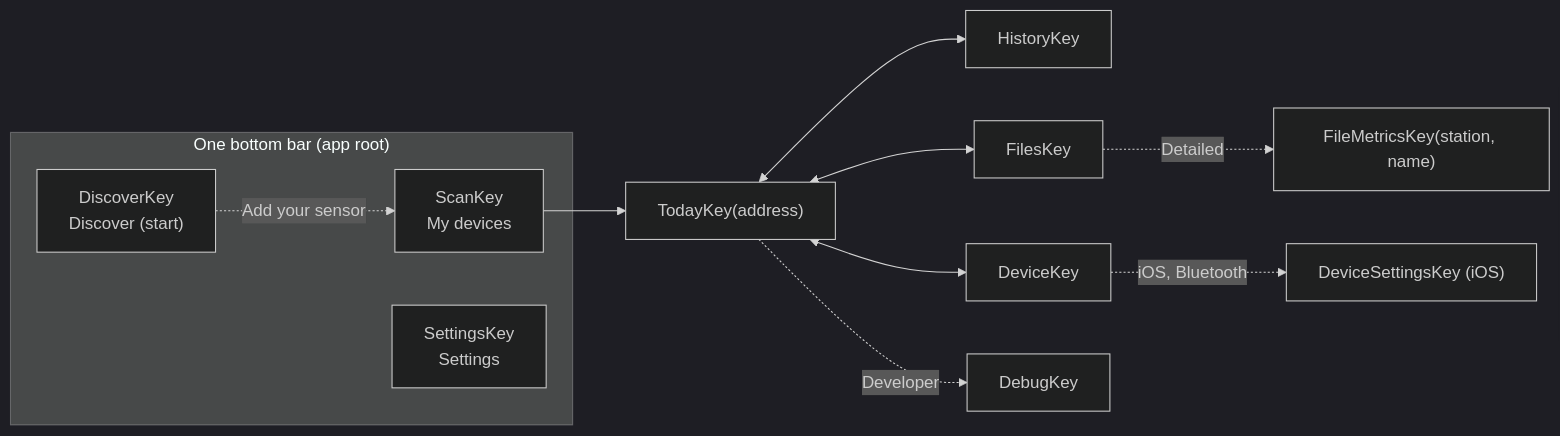
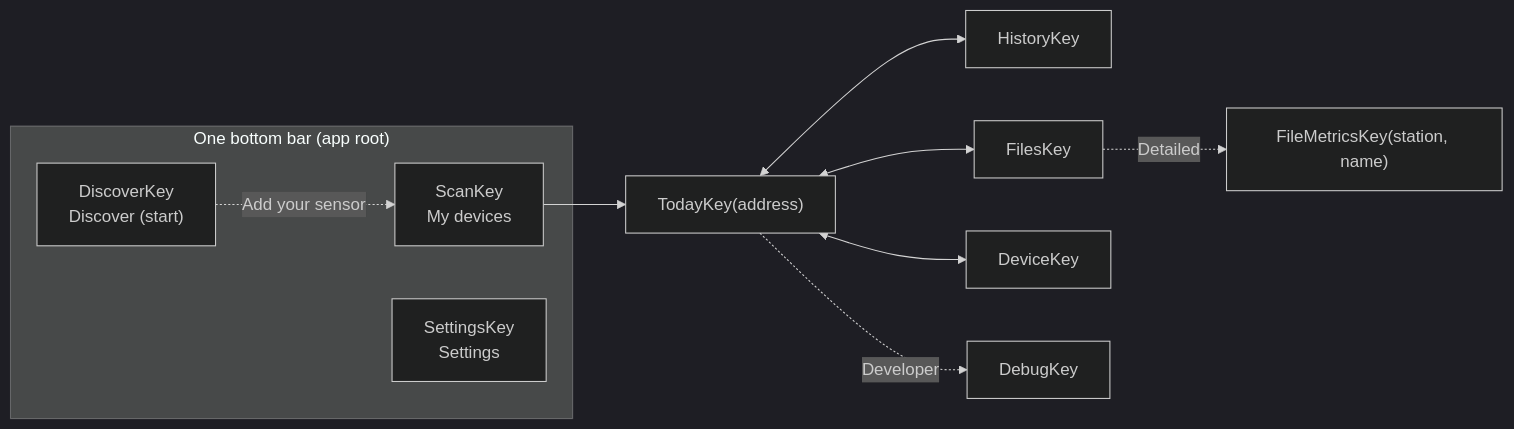
Before and after one commit to walkthru-earth/opensensor-space-mobile: the diagram in docs/screens.md, drawn with Mermaid (dark theme). The commit also changed 15 other files, not shown here.

Commit message:
Remove the unused DeviceSettingsKey

````diff
--- a/docs/screens.md
+++ b/docs/screens.md
@@ -9,16 +9,15 @@
 ```mermaid
 flowchart LR
   subgraph Bar["One bottom bar (app root)"]
     Discover["DiscoverKey<br/>Discover (start)"]
     Scan["ScanKey<br/>My devices"]
     Settings["SettingsKey<br/>Settings"]
   end
   Scan --> Today["TodayKey(address)"]
   Today <--> History["HistoryKey"]
   Today <--> Files["FilesKey"]
   Today <--> Device["DeviceKey"]
   Today -. Developer .-> Debug["DebugKey"]
-  Device -. iOS, Bluetooth .-> DeviceSettings["DeviceSettingsKey (iOS)"]
   Files -. Detailed .-> Metrics["FileMetricsKey(station, name)"]
   Discover -. Add your sensor .-> Scan
 ```
````
